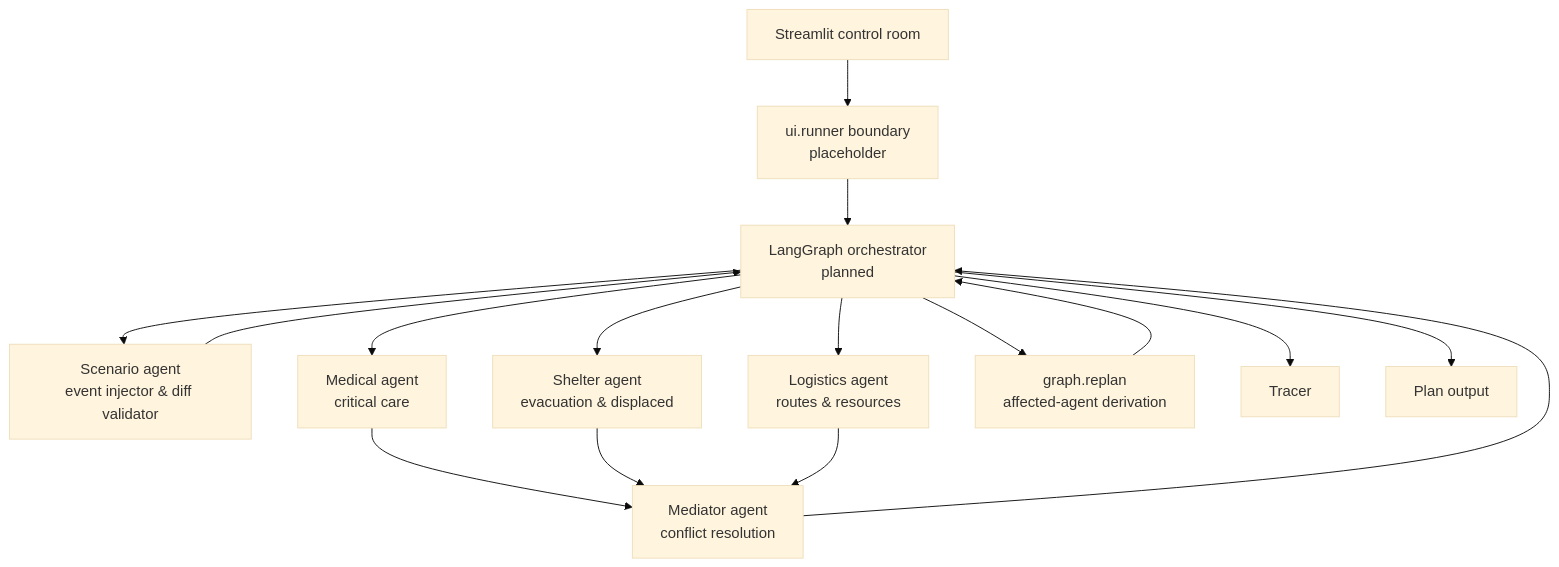
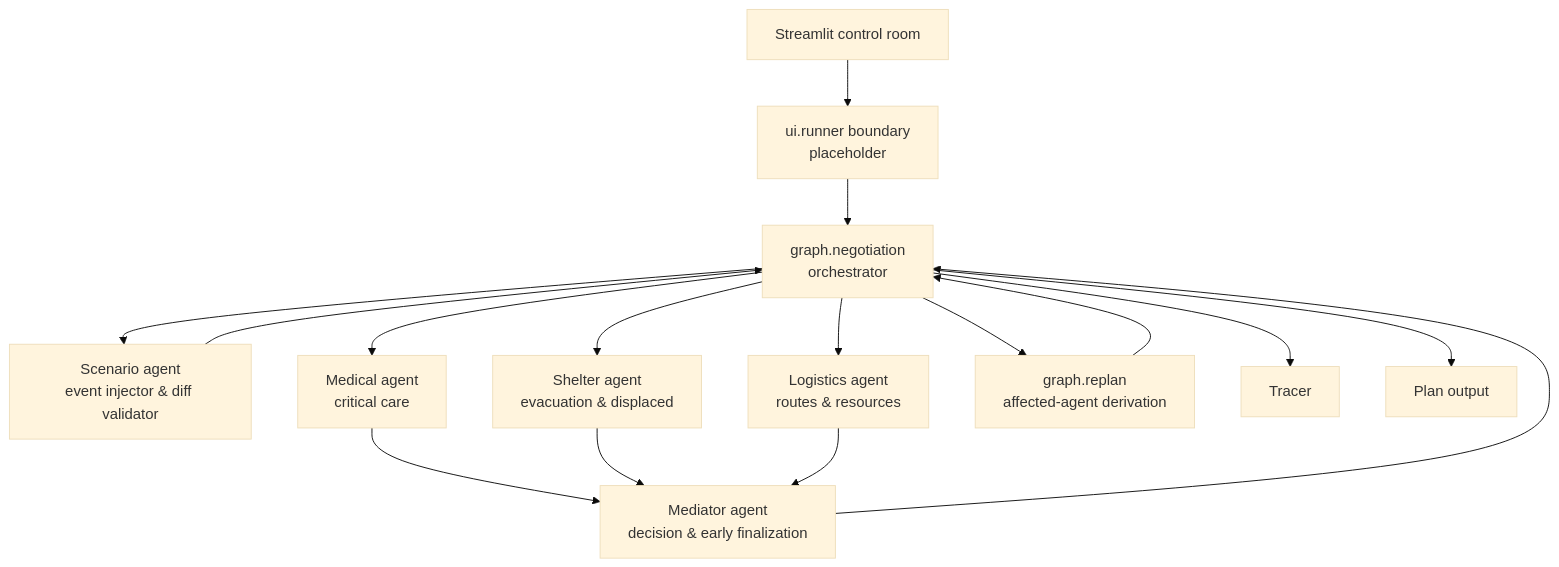
Before and after one commit to Sreenair-1/Disaster_Relief_Resource_Negotiator: the diagram in docs/DESIGN.md, drawn with Mermaid (base theme). The commit also changed other lines of this file and 8 other files, not shown here.

Commit message:
fix(negotiation): estimates feed back, challenges revise claims, Mediator finalizes early

````diff
--- a/docs/DESIGN.md
+++ b/docs/DESIGN.md
@@ -5,18 +5,18 @@
 ```mermaid
 flowchart TD
   UI[Streamlit control room] --> R[ui.runner boundary<br/>placeholder]
-  R --> G[LangGraph orchestrator<br/>planned]
-  G --> S[Scenario agent<br/>event injector & diff validator]
-  G --> M[Medical agent<br/>critical care]
-  G --> H[Shelter agent<br/>evacuation & displaced]
-  G --> L[Logistics agent<br/>routes & resources]
-  M --> X[Mediator agent<br/>conflict resolution]
+  R --> N[graph.negotiation<br/>orchestrator]
+  N --> S[Scenario agent<br/>event injector & diff validator]
+  N --> M[Medical agent<br/>critical care]
+  N --> H[Shelter agent<br/>evacuation & displaced]
+  N --> L[Logistics agent<br/>routes & resources]
+  M --> X[Mediator agent<br/>decision & early finalization]
   H --> X
   L --> X
-  S --> G
-  G --> RP[graph.replan<br/>affected-agent derivation]
-  RP --> G
-  X --> G
-  G --> T[Tracer]
-  G --> O[Plan output]
+  S --> N
+  N --> RP[graph.replan<br/>affected-agent derivation]
+  RP --> N
+  X --> N
+  N --> T[Tracer]
+  N --> O[Plan output]
 ```
````
